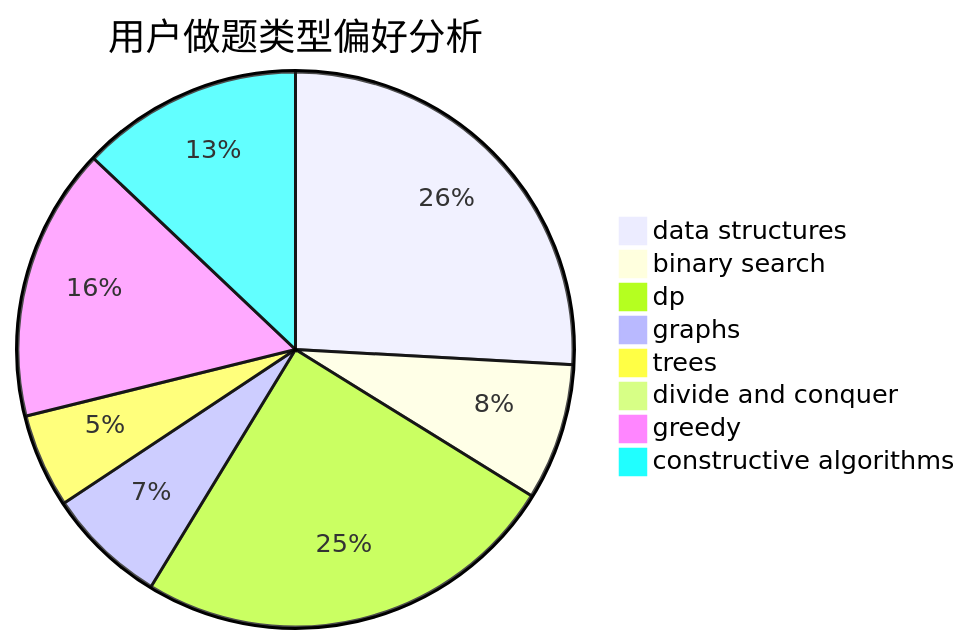
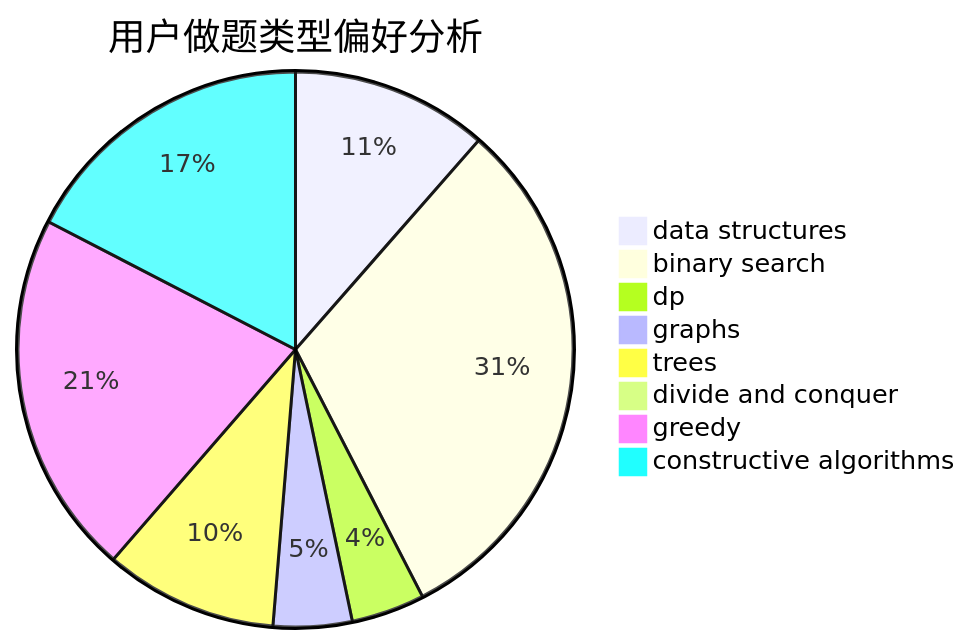
The second of 3 diagrams in docs/user/u1275.md (sherpahu/cfrs.github.io), drawn with Mermaid before and after one commit. The commit also changed other lines of this file and 2770 other files, not shown here.

````diff
--- a/docs/user/u1275.md
+++ b/docs/user/u1275.md
@@ -23,11 +23,11 @@
 ```mermaid
 pie title 用户做题类型偏好分析
-    "data structures" :  52
-    "binary search" :  16
-    "dp" :  50
-    "graphs" :  14
-    "trees" :  11
-    "divide and conquer" :  0
-    "greedy" :  32
-    "constructive algorithms" :  26
+    "data structures" :  75
+    "binary search" :  203
+    "dp" :  28
+    "graphs" :  30
+    "trees" :  66
+    "divide and conquer" :  1
+    "greedy" :  139
+    "constructive algorithms" :  114
 ```
````
